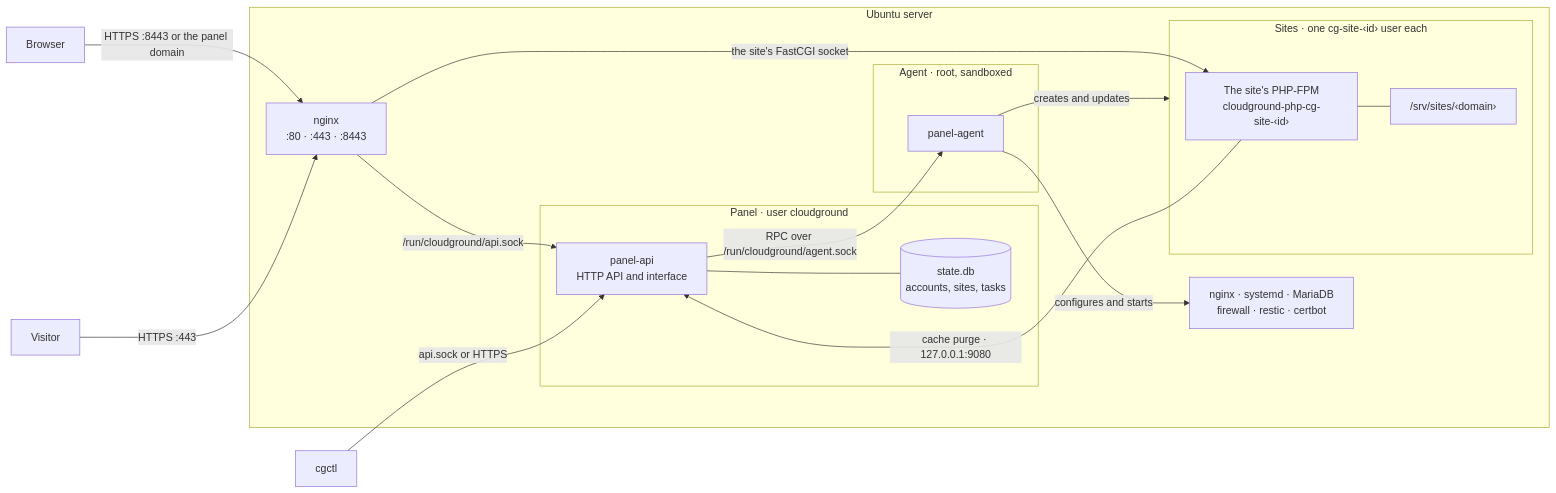
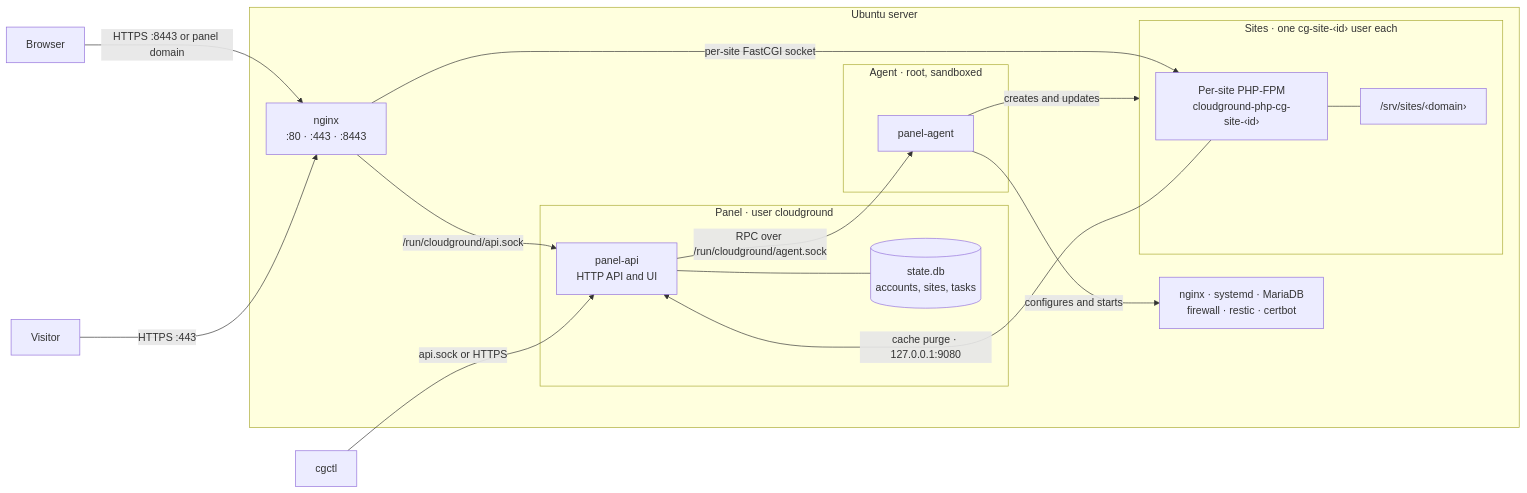
Before and after one commit to cloudground-it/cloudground-docs: the diagram in i18n/en/docusaurus-plugin-content-docs/current/explanation/architecture.mdx, drawn with Mermaid. The commit also changed other lines of this file and 21 other files, not shown here.

````diff
--- a/i18n/en/docusaurus-plugin-content-docs/current/explanation/architecture.mdx
+++ b/i18n/en/docusaurus-plugin-content-docs/current/explanation/architecture.mdx
@@ -17,38 +17,38 @@
 ```mermaid
 flowchart LR
   browser["Browser"]
   visitor["Visitor"]
   cgctl["cgctl"]
 
   subgraph server["Ubuntu server"]
     nginx["nginx<br/>:80 · :443 · :8443"]
 
     subgraph panel["Panel · user cloudground"]
-      api["panel-api<br/>HTTP API and interface"]
+      api["panel-api<br/>HTTP API and UI"]
       db[("state.db<br/>accounts, sites, tasks")]
     end
 
     subgraph root["Agent · root, sandboxed"]
       agent["panel-agent"]
     end
 
     subgraph sites["Sites · one cg-site-‹id› user each"]
-      fpm["The site's PHP-FPM<br/>cloudground-php-cg-site-‹id›"]
+      fpm["Per-site PHP-FPM<br/>cloudground-php-cg-site-‹id›"]
       files["/srv/sites/‹domain›"]
     end
 
     system["nginx · systemd · MariaDB<br/>firewall · restic · certbot"]
   end
 
-  browser -- "HTTPS :8443 or the panel domain" --> nginx
+  browser -- "HTTPS :8443 or panel domain" --> nginx
   visitor -- "HTTPS :443" --> nginx
   nginx -- "/run/cloudground/api.sock" --> api
   api --- db
   cgctl -- "api.sock or HTTPS" --> api
   api -- "RPC over /run/cloudground/agent.sock" --> agent
   agent -- "configures and starts" --> system
   agent -- "creates and updates" --> sites
-  nginx -- "the site's FastCGI socket" --> fpm
+  nginx -- "per-site FastCGI socket" --> fpm
   fpm --- files
   fpm -- "cache purge · 127.0.0.1:9080" --> api
 ```
````
